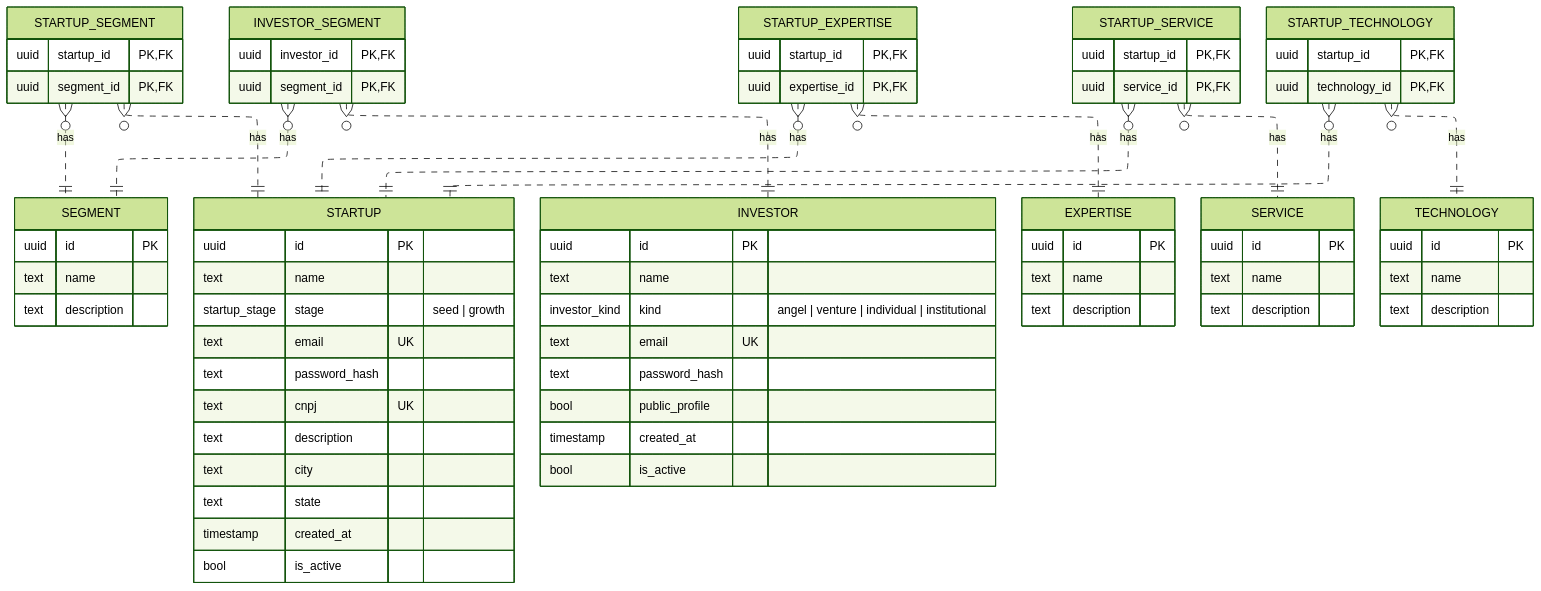
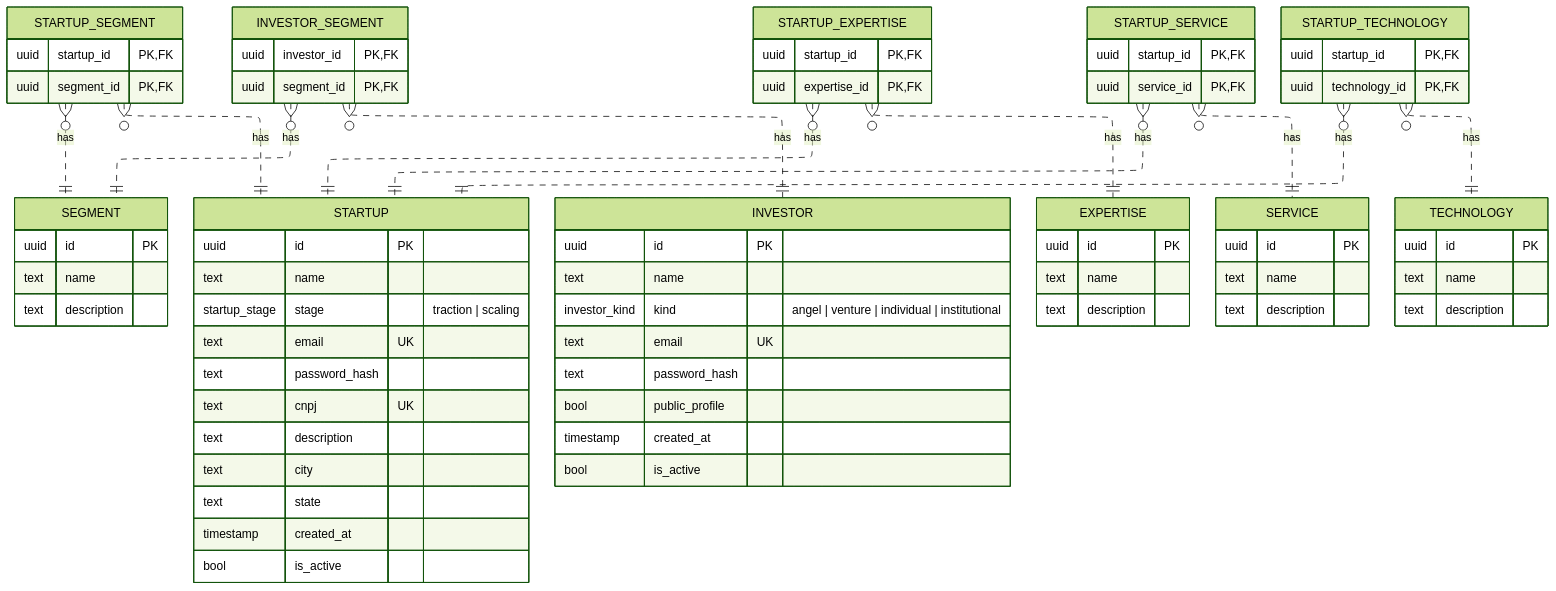
One commit to gislanysa/RecinTech changed the diagram in backend/README.md. Above: the diagram before and after it, drawn with Mermaid (forest theme). The commit also changed 8 other files, not shown here.

Commit message:
fix(startup): rename "seed" and "growth" to "traction" and "scaling"

```diff
--- a/backend/README.md
+++ b/backend/README.md
@@ -15,7 +15,7 @@
   STARTUP {
     uuid id PK
     text name
-    startup_stage stage "seed | growth"
+    startup_stage stage "traction | scaling"
     text email UK
     text password_hash
     text cnpj UK
```
